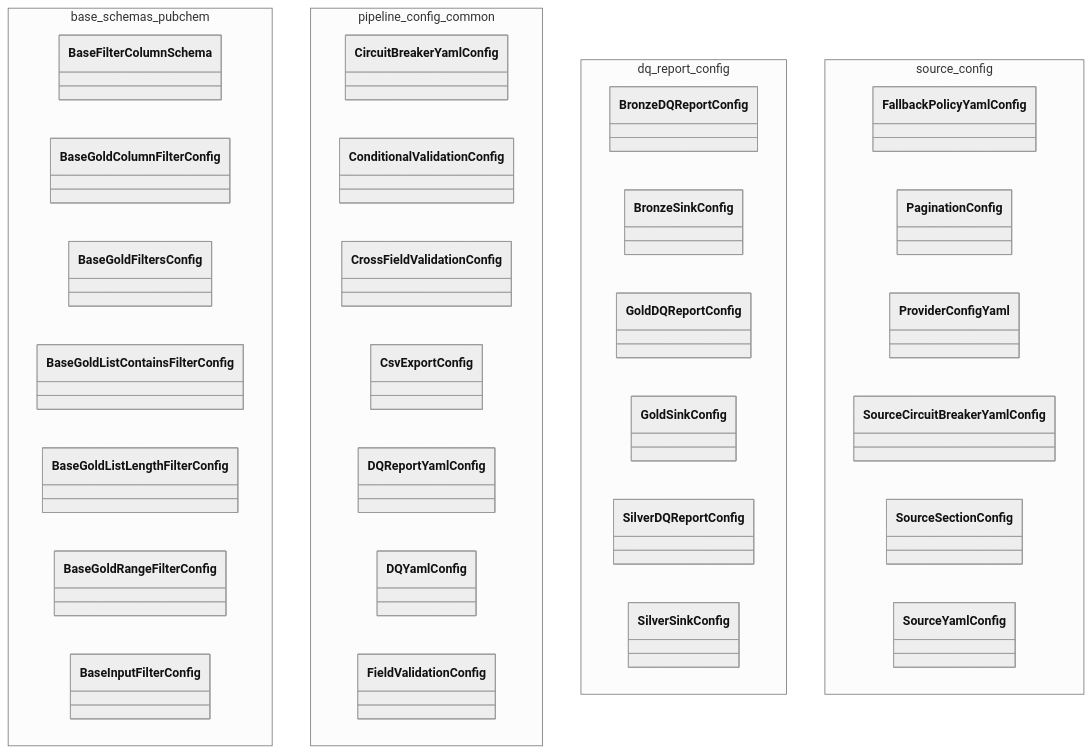
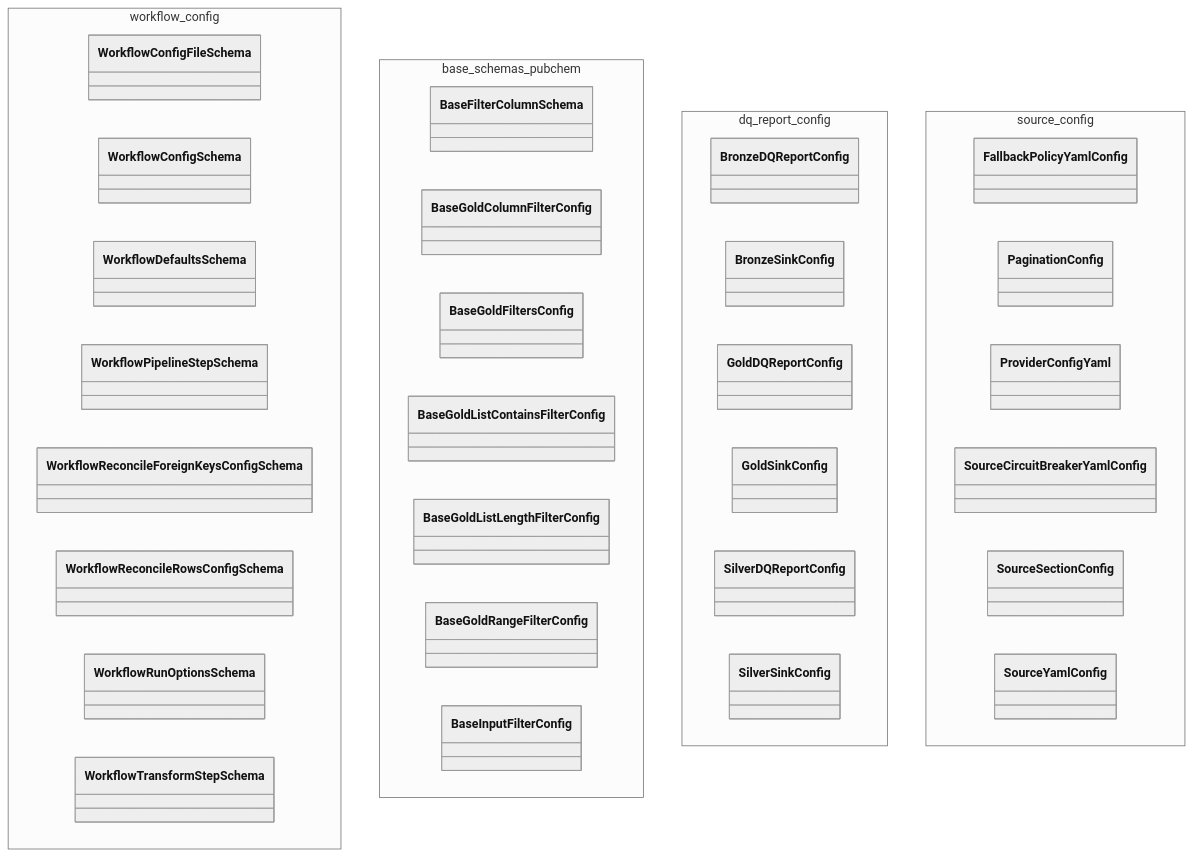
The diagram in docs/02-architecture/diagrams/class-diagrams/90-pkg-infrastructure-schemas-part3.mmd (SatoryKono/BioactivityDataAcquisition), drawn with Mermaid (neutral theme) before and after one commit. The commit also changed 35 other files, not shown here.

First line of the commit message:
fix(ci): synchronize IUPHAR diagram inventory and review routing guards

```diff
--- a/docs/02-architecture/diagrams/class-diagrams/90-pkg-infrastructure-schemas-part3.mmd
+++ b/docs/02-architecture/diagrams/class-diagrams/90-pkg-infrastructure-schemas-part3.mmd
@@ -1,48 +1,49 @@
 %% Title: Package Family: infrastructure/schemas (Part 3/4)
-%% Covers: AST-derived supplemental package-family inventory slice for src/bioetl/infrastructure/schemas; part 3/4; modules: base_schemas_pubchem, pipeline_config_common, dq_report_config, source_config.
+%% Covers: AST-derived supplemental package-family inventory slice for src/bioetl/infrastructure/schemas; part 3/4; modules: workflow_config, base_schemas_pubchem, dq_report_config, source_config.
 %% Components: top-level classes grouped by source module.
 %% @version 1.0.0
 %% @type    classDiagram
-%% @date    2026-11-17
+%% @date    2026-11-18
 %% @level   Package Family / Inventory Slice
-%% @nodes   26
+%% @nodes   27
 %% @reference Generated supplemental package-family slice used to keep node density within the class-diagram readability budget (<= 30).
 classDiagram
+
+    namespace workflow_config {
+        class WorkflowConfigFileSchema
+        class WorkflowConfigSchema
+        class WorkflowDefaultsSchema
+        class WorkflowPipelineStepSchema
+        class WorkflowReconcileForeignKeysConfigSchema
+        class WorkflowReconcileRowsConfigSchema
+        class WorkflowRunOptionsSchema
+        class WorkflowTransformStepSchema
+    }
 
     namespace base_schemas_pubchem {
         class BaseFilterColumnSchema
         class BaseGoldColumnFilterConfig
         class BaseGoldFiltersConfig
         class BaseGoldListContainsFilterConfig
         class BaseGoldListLengthFilterConfig
         class BaseGoldRangeFilterConfig
         class BaseInputFilterConfig
-    }
-
-    namespace pipeline_config_common {
-        class CircuitBreakerYamlConfig
-        class ConditionalValidationConfig
-        class CrossFieldValidationConfig
-        class CsvExportConfig
-        class DQReportYamlConfig
-        class DQYamlConfig
-        class FieldValidationConfig
     }
 
     namespace dq_report_config {
         class BronzeDQReportConfig
         class BronzeSinkConfig
         class GoldDQReportConfig
         class GoldSinkConfig
         class SilverDQReportConfig
         class SilverSinkConfig
     }
 
     namespace source_config {
         class FallbackPolicyYamlConfig
         class PaginationConfig
         class ProviderConfigYaml
         class SourceCircuitBreakerYamlConfig
         class SourceSectionConfig
         class SourceYamlConfig
     }
```
